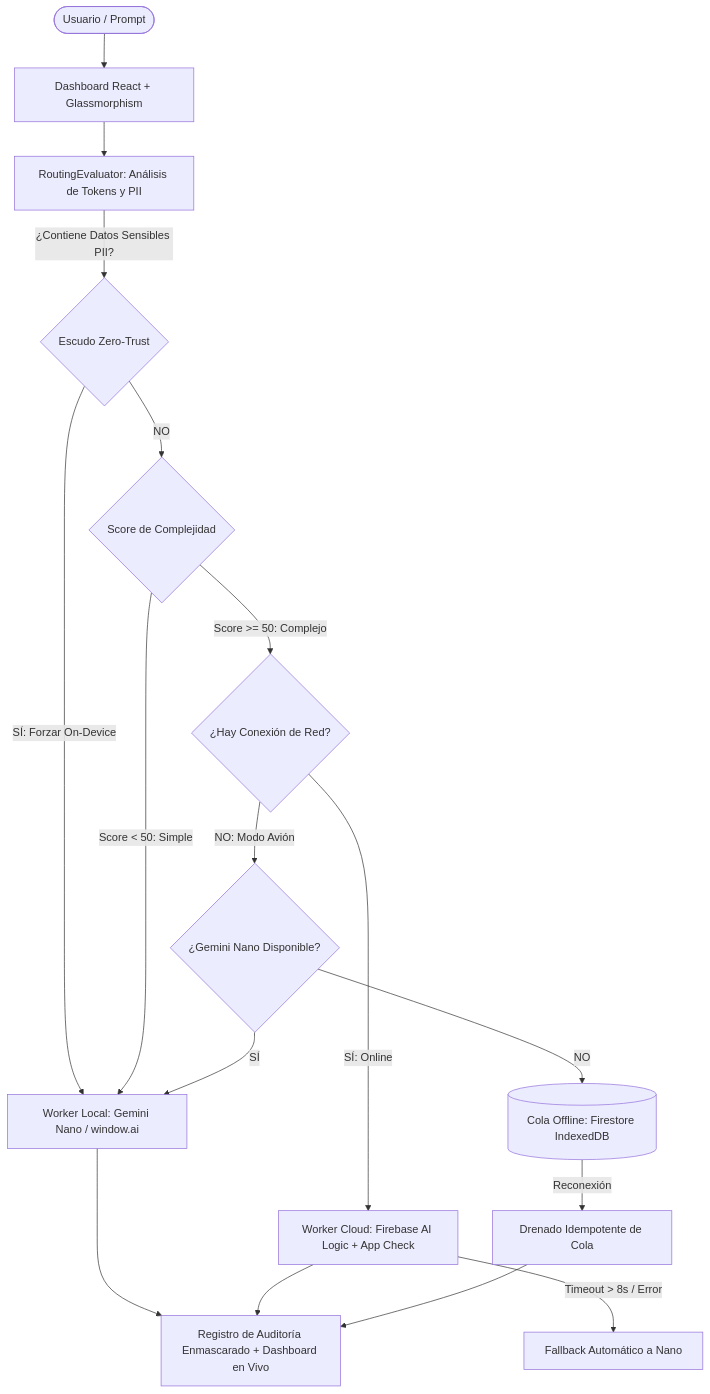
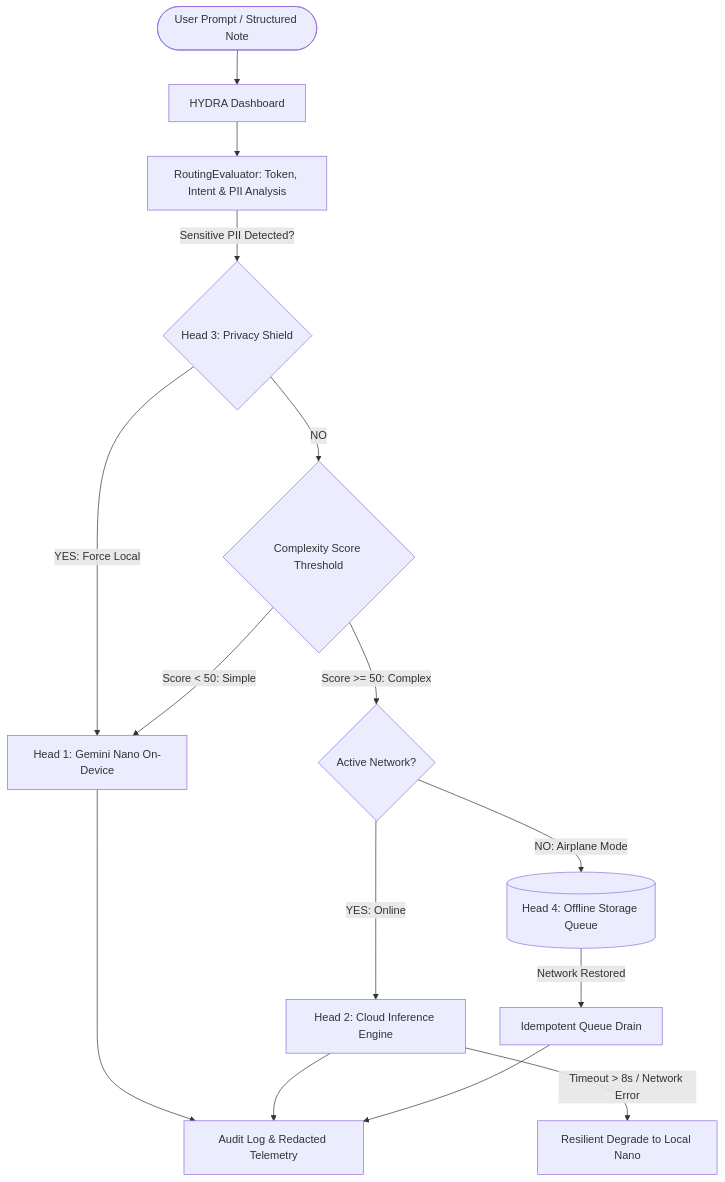
Before and after one commit to jammar24/Hydra-Agent: the diagram in README.md, drawn with Mermaid. The commit also changed other lines of this file and 17 other files, not shown here.

````diff
--- a/README.md
+++ b/README.md
@@ -29,24 +34,21 @@
 ```mermaid
 flowchart TD
-    User([Usuario / Prompt]) --> UI[Dashboard React + Glassmorphism]
-    UI --> Router[RoutingEvaluator: Análisis de Tokens y PII]
+    User([User Prompt / Structured Note]) --> UI[HYDRA Dashboard]
+    UI --> Evaluator[RoutingEvaluator: Token, Intent & PII Analysis]
     
-    Router -->|¿Contiene Datos Sensibles PII?| PII{Escudo Zero-Trust}
-    PII -->|SÍ: Forzar On-Device| NanoLocal[Worker Local: Gemini Nano / window.ai]
+    Evaluator -->|Sensitive PII Detected?| PII{Head 3: Privacy Shield}
+    PII -->|YES: Force Local| Head1[Head 1: Gemini Nano On-Device]
     
-    PII -->|NO| Complexity{Score de Complejidad}
-    Complexity -->|Score < 50: Simple| NanoLocal
-    Complexity -->|Score >= 50: Complejo| NetCheck{¿Hay Conexión de Red?}
+    PII -->|NO| Complexity{Complexity Score Threshold}
+    Complexity -->|Score < 50: Simple| Head1
+    Complexity -->|Score >= 50: Complex| NetCheck{Active Network?}
     
-    NetCheck -->|SÍ: Online| CloudWorker[Worker Cloud: Firebase AI Logic + App Check]
-    NetCheck -->|NO: Modo Avión| NanoFallback{¿Gemini Nano Disponible?}
+    NetCheck -->|YES: Online| Head2[Head 2: Cloud Inference Engine]
+    NetCheck -->|NO: Airplane Mode| OfflineQueue[(Head 4: Offline Storage Queue)]
     
-    NanoFallback -->|SÍ| NanoLocal
-    NanoFallback -->|NO| OfflineQueue[(Cola Offline: Firestore IndexedDB)]
+    Head2 -->|Timeout > 8s / Network Error| FallbackLocal[Resilient Degrade to Local Nano]
     
-    CloudWorker -->|Timeout > 8s / Error| FallbackLocal[Fallback Automático a Nano]
-    
-    NanoLocal --> Audit[Registro de Auditoría Enmascarado + Dashboard en Vivo]
-    CloudWorker --> Audit
-    OfflineQueue -->|Reconexión| Drain[Drenado Idempotente de Cola] --> Audit
+    Head1 --> Audit[Audit Log & Redacted Telemetry]
+    Head2 --> Audit
+    OfflineQueue -->|Network Restored| Drain[Idempotent Queue Drain] --> Audit
 ```
````
